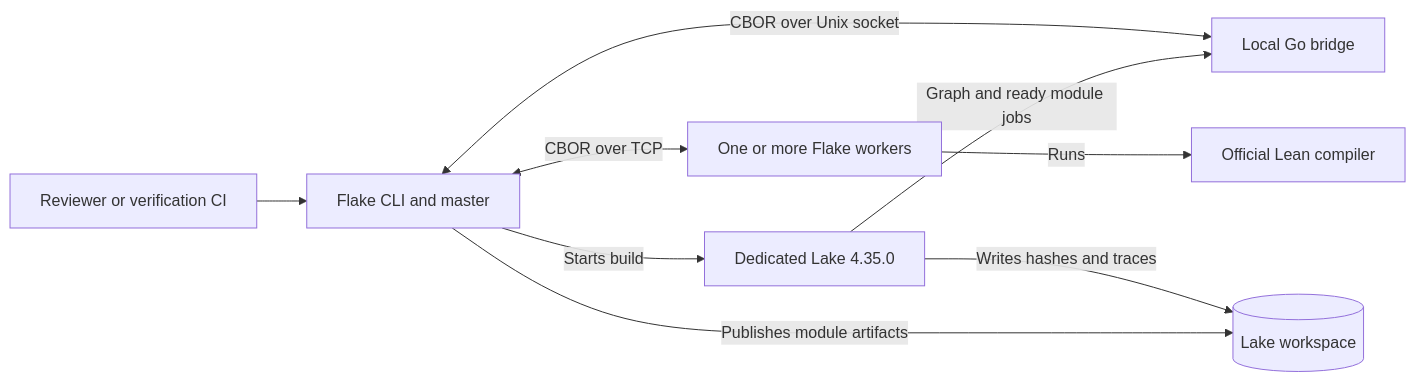
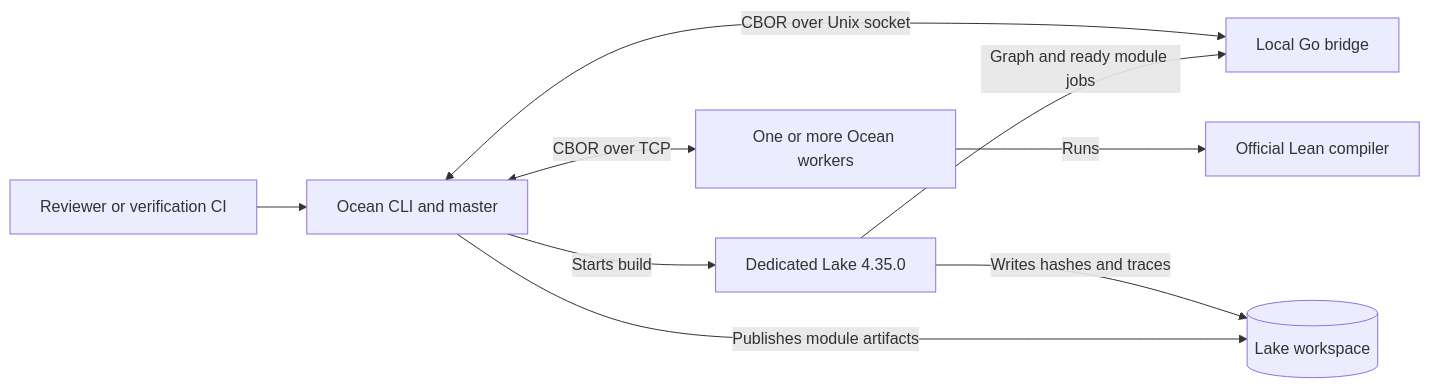
The diagram in ARCHITECTURE.md (tani/ocean), drawn with Mermaid before and after one commit. The commit also changed other lines of this file and 15 other files, not shown here.

Commit message:
Rename Flake to Ocean

````diff
--- a/ARCHITECTURE.md
+++ b/ARCHITECTURE.md
@@ -33,11 +33,11 @@
 ```mermaid
 flowchart LR
-    Reviewer[Reviewer or verification CI] --> Master[Flake CLI and master]
+    Reviewer[Reviewer or verification CI] --> Master[Ocean CLI and master]
     Master -->|Starts build| Lake[Dedicated Lake 4.35.0]
     Lake -->|Graph and ready module jobs| Bridge[Local Go bridge]
     Bridge <-->|CBOR over Unix socket| Master
-    Master <-->|CBOR over TCP| Worker[One or more Flake workers]
+    Master <-->|CBOR over TCP| Worker[One or more Ocean workers]
     Worker -->|Runs| Lean[Official Lean compiler]
     Master -->|Publishes module artifacts| Workspace[(Lake workspace)]
     Lake -->|Writes hashes and traces| Workspace
 ```
````
